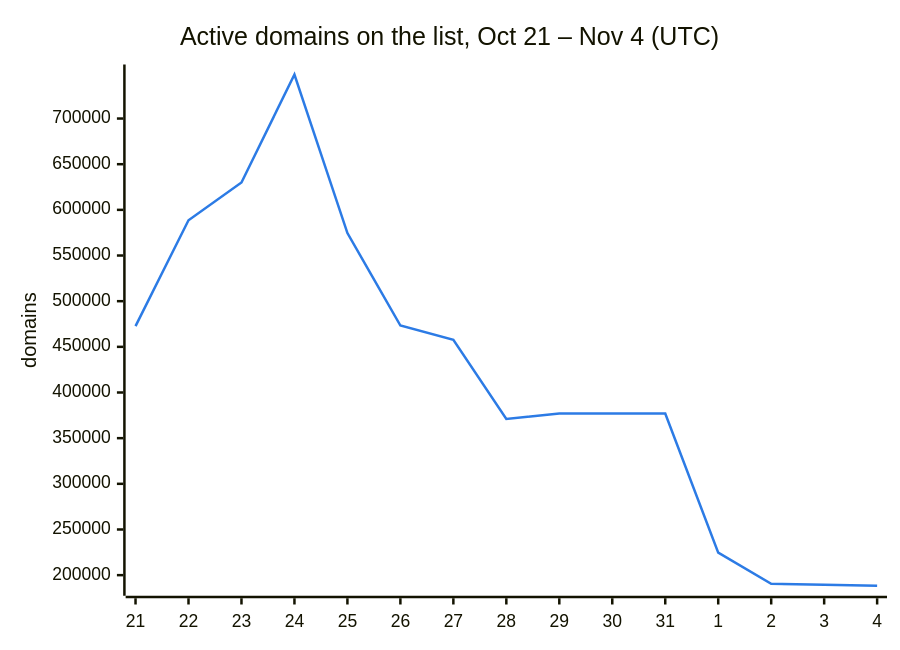
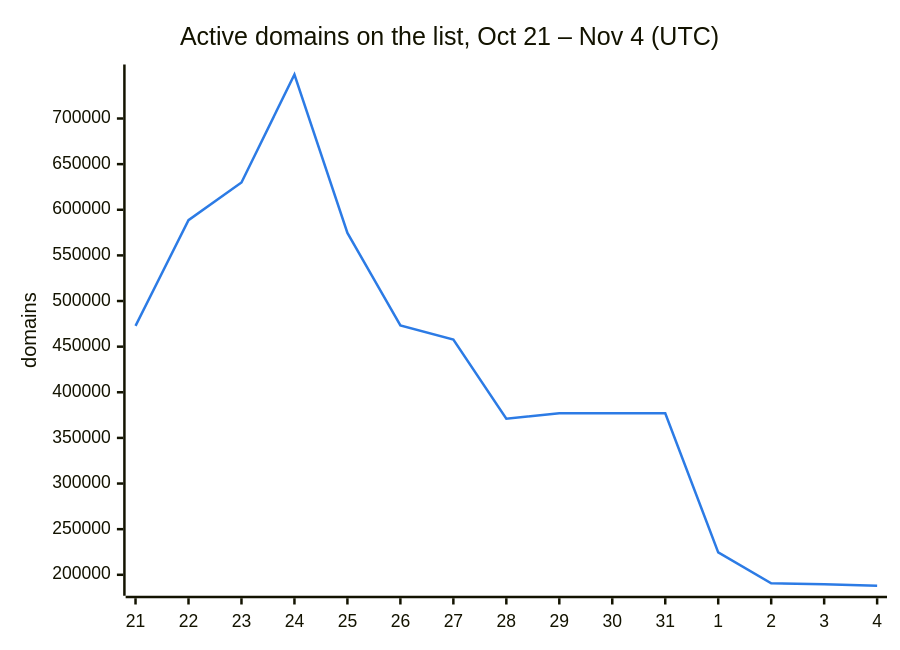
The second of 3 diagrams in README.md (DNSBunker/CTI), drawn with Mermaid before and after one commit. The commit also changed other lines of this file and 3 other files, not shown here.

````diff
--- a/README.md
+++ b/README.md
@@ -38,8 +38,8 @@
 ```mermaid
 %%{init: {"themeVariables": {"xyChart": {"plotColorPalette": "#2c7be5"}}}}%%
 xychart-beta
     title "Active domains on the list, Oct 21 – Nov 4 (UTC)"
     x-axis ["21", "22", "23", "24", "25", "26", "27", "28", "29", "30", "31", "1", "2", "3", "4"]
     y-axis "domains"
-    line [472713, 588659, 629951, 748222, 574614, 473331, 457795, 371010, 376945, 376945, 376945, 224607, 190603, 189609, 188387]
+    line [472713, 588659, 629951, 748222, 574614, 473331, 457795, 371010, 376945, 376945, 376945, 224607, 190603, 189609, 187997]
 ```
````
